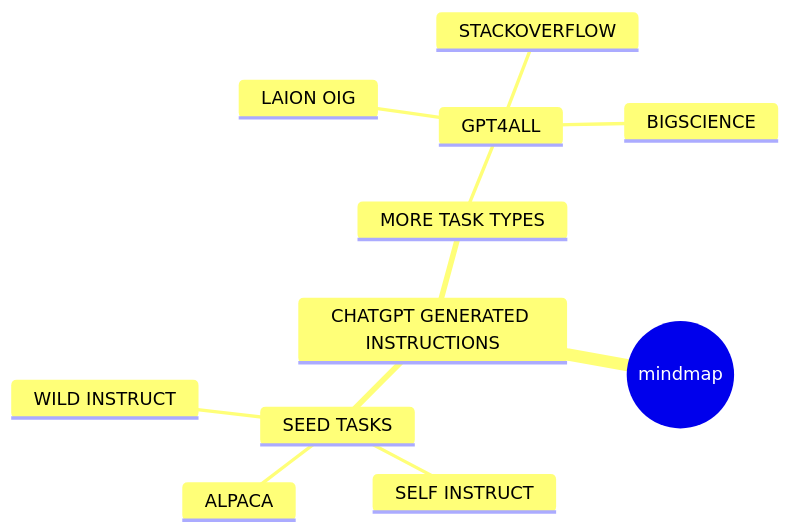
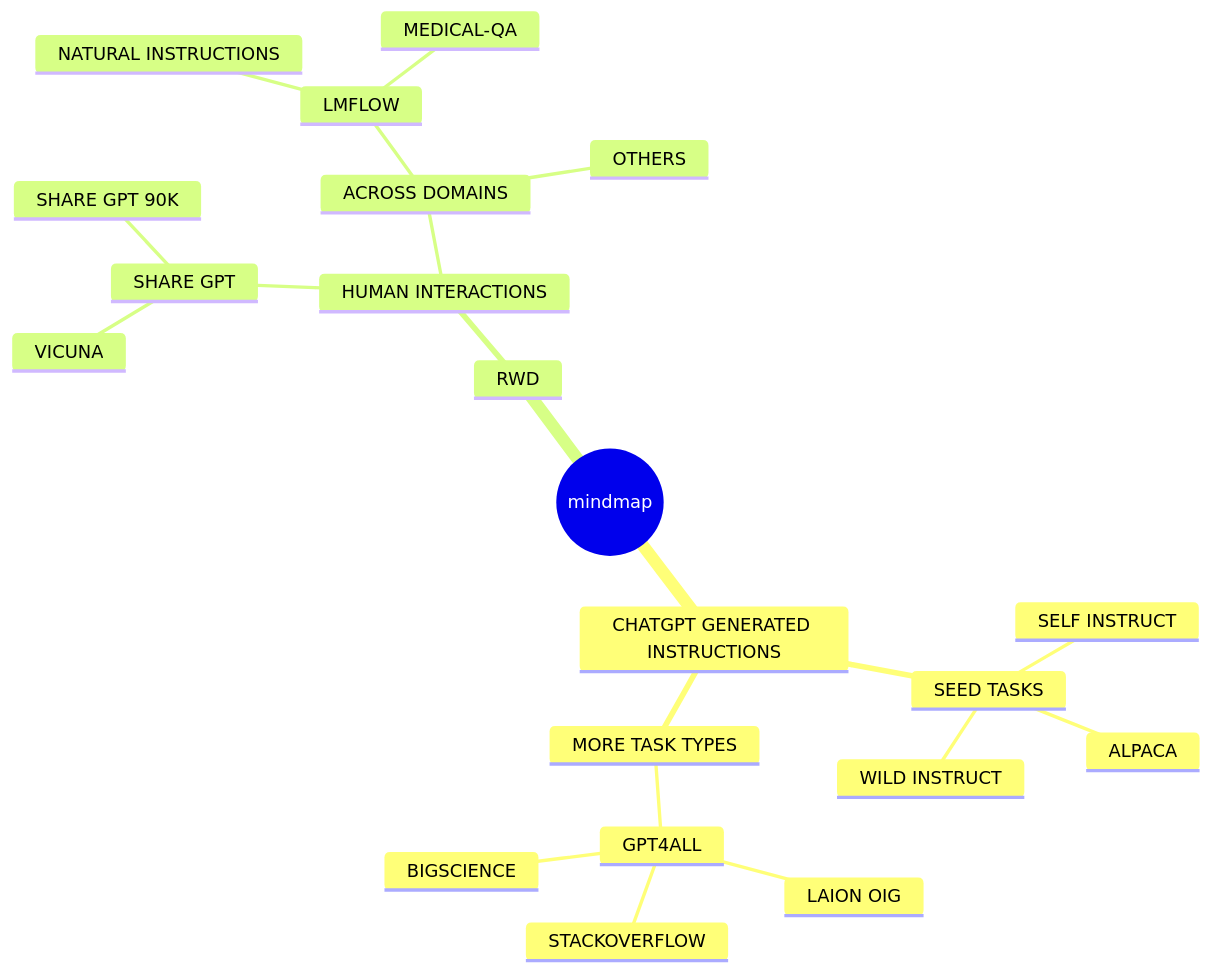
The diagram in README.md (langbridgeai/Open-Instructions), drawn with Mermaid before and after one commit.

````diff
--- a/README.md
+++ b/README.md
@@ -62,15 +62,24 @@
 ```mermaid
 mindmap
   root((mindmap))
     CHATGPT GENERATED INSTRUCTIONS
         SEED TASKS
             SELF INSTRUCT
             ALPACA
             WILD INSTRUCT
         MORE TASK TYPES
             GPT4ALL
                 LAION OIG
                 STACKOVERFLOW
                 BIGSCIENCE
-
+    RWD
+      HUMAN INTERACTIONS
+        SHARE GPT
+            VICUNA
+            SHARE GPT 90K
+        ACROSS DOMAINS
+            LMFLOW
+                NATURAL INSTRUCTIONS
+                MEDICAL-QA
+            OTHERS
 ```
````
